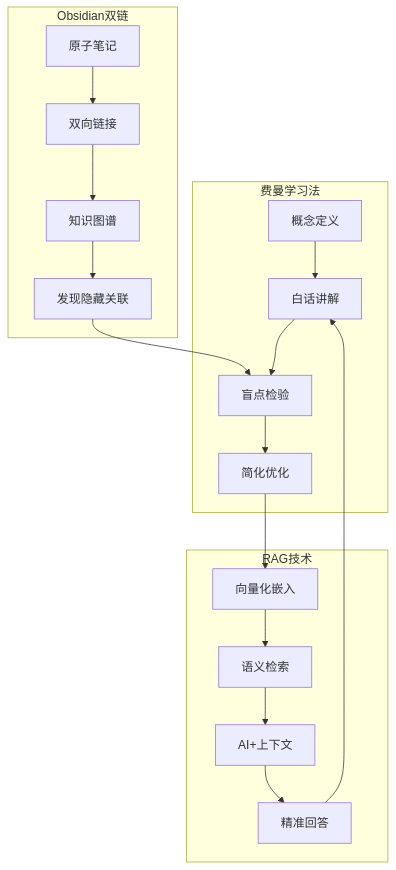
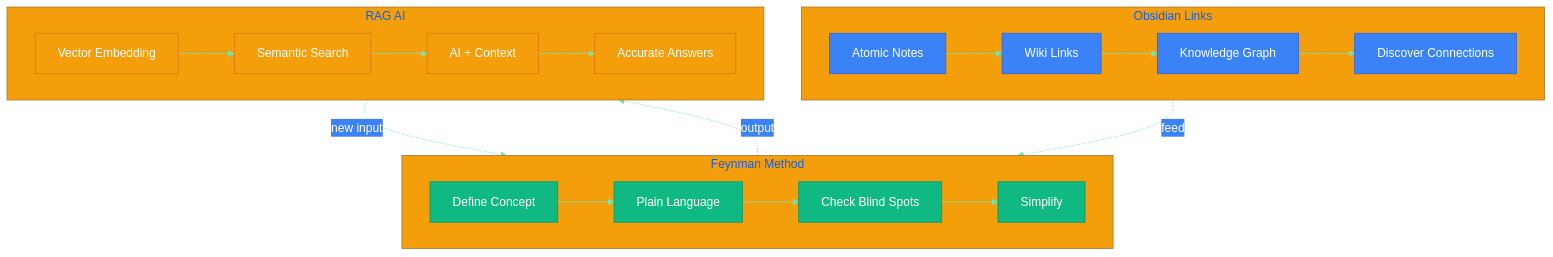
One commit to 3229218431/FeynFlow changed the seventh of 8 diagrams in README.md. Above: the diagram before and after it, drawn with Mermaid. The commit also changed other lines of this file, not shown here.

Commit message:
Full README rewrite: 8 charts with semantic color coding (blue=tools, green=content, orange=AI, purple=learning, red=test), architecture diagram, color legend, expanded FAQ

````diff
--- a/README.md
+++ b/README.md
@@ -345,21 +376,29 @@
 ```mermaid
+%%{init: {'theme':'base','themeVariables': {'primaryColor': '#10B981','primaryTextColor': '#fff','lineColor': '#6EE7B7','secondaryColor': '#3B82F6','tertiaryColor': '#F59E0B'}}}%%
 flowchart TD
-    subgraph 费曼学习法
-        A1[概念定义] --> A2[白话讲解]
-        A2 --> A3[盲点检验]
-        A3 --> A4[简化优化]
+    subgraph FeynmanMethod[Feynman Method]
+        direction LR
+        A1[Define Concept]:::feyn --> A2[Plain Language]:::feyn
+        A2 --> A3[Check Blind Spots]:::feyn
+        A3 --> A4[Simplify]:::feyn
     end
-    subgraph Obsidian双链
-        B1[原子笔记] --> B2[双向链接]
-        B2 --> B3[知识图谱]
-        B3 --> B4[发现隐藏关联]
+    subgraph Obsidian[Obsidian Links]
+        direction LR
+        B1[Atomic Notes]:::obs --> B2[Wiki Links]:::obs
+        B2 --> B3[Knowledge Graph]:::obs
+        B3 --> B4[Discover Connections]:::obs
     end
-    subgraph RAG技术
-        C1[向量化嵌入] --> C2[语义检索]
-        C2 --> C3[AI+上下文]
-        C3 --> C4[精准回答]
+    subgraph RAG[RAG AI]
+        direction LR
+        C1[Vector Embedding]:::rag --> C2[Semantic Search]:::rag
+        C2 --> C3[AI + Context]:::rag
+        C3 --> C4[Accurate Answers]:::rag
     end
-    A4 --> C1
-    B4 --> A3
-    C4 --> A2
+    A4 -.->|output| C1
+    B4 -.->|feed| A3
+    C4 -.->|new input| A2
+    
+    classDef feyn fill:#10B981,stroke:#059669,color:#fff
+    classDef obs fill:#3B82F6,stroke:#2563EB,color:#fff
+    classDef rag fill:#F59E0B,stroke:#D97706,color:#fff
 ```
````
